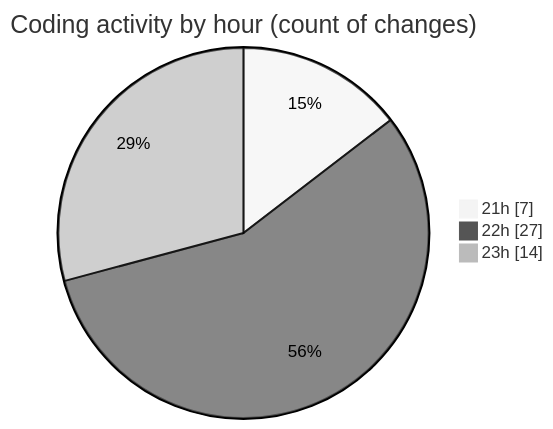
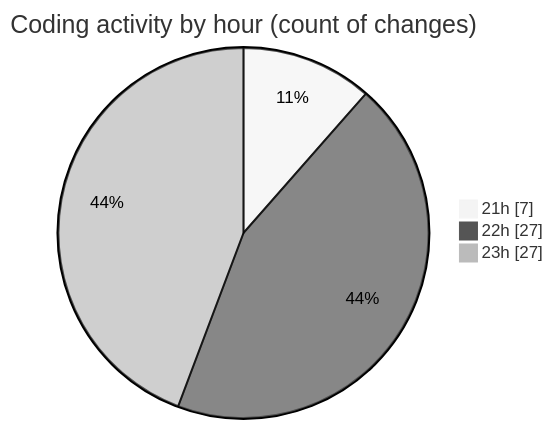
One commit to lephambinh05/code-tracking changed the second of 2 diagrams in 2025-08-16/studybuddy/README.md. Above: the diagram before and after it, drawn with Mermaid (neutral theme). The commit also changed other lines of this file and 1 other file, not shown here.

````diff
--- a/2025-08-16/studybuddy/README.md
+++ b/2025-08-16/studybuddy/README.md
@@ -42,7 +44,7 @@
 ```mermaid
 pie showData
 title Coding activity by hour (count of changes)
 "21h" : 7
 "22h" : 27
-"23h" : 14
+"23h" : 27
 ```
````
